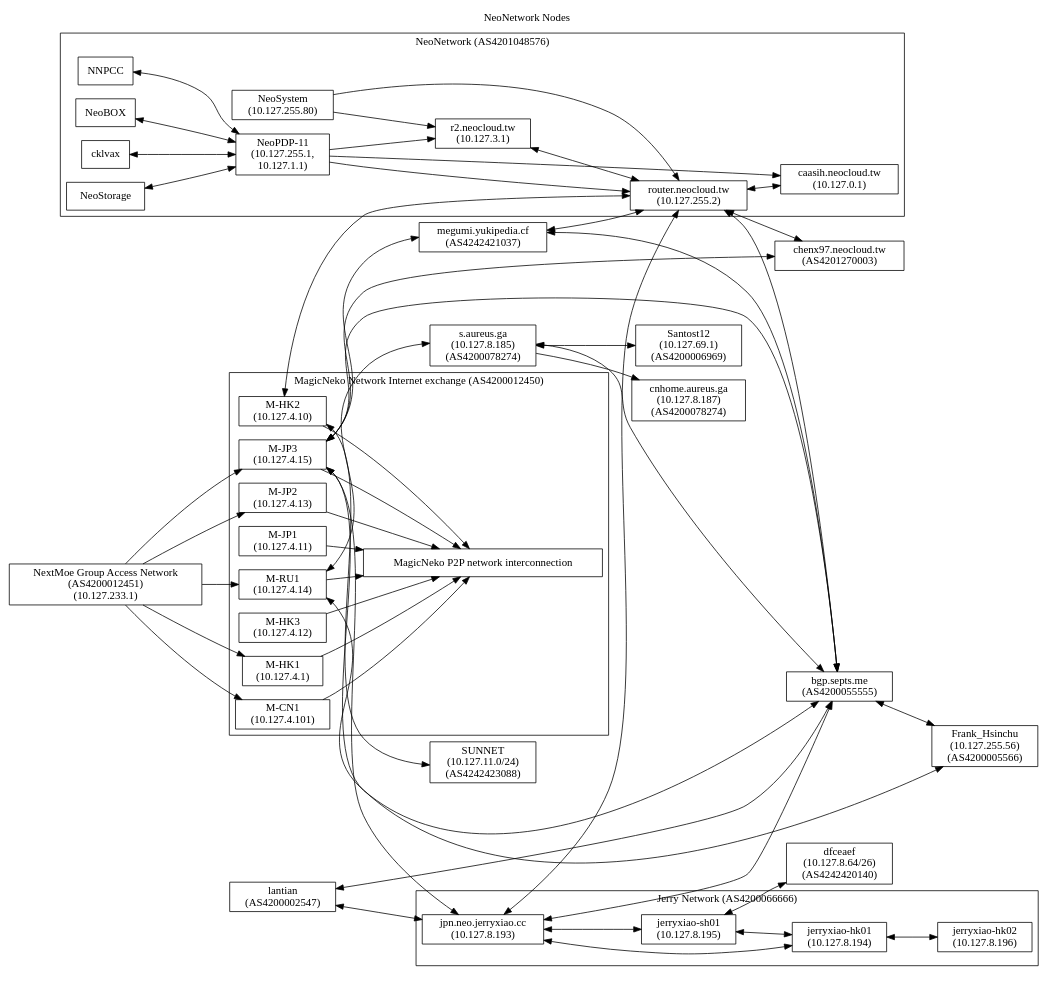
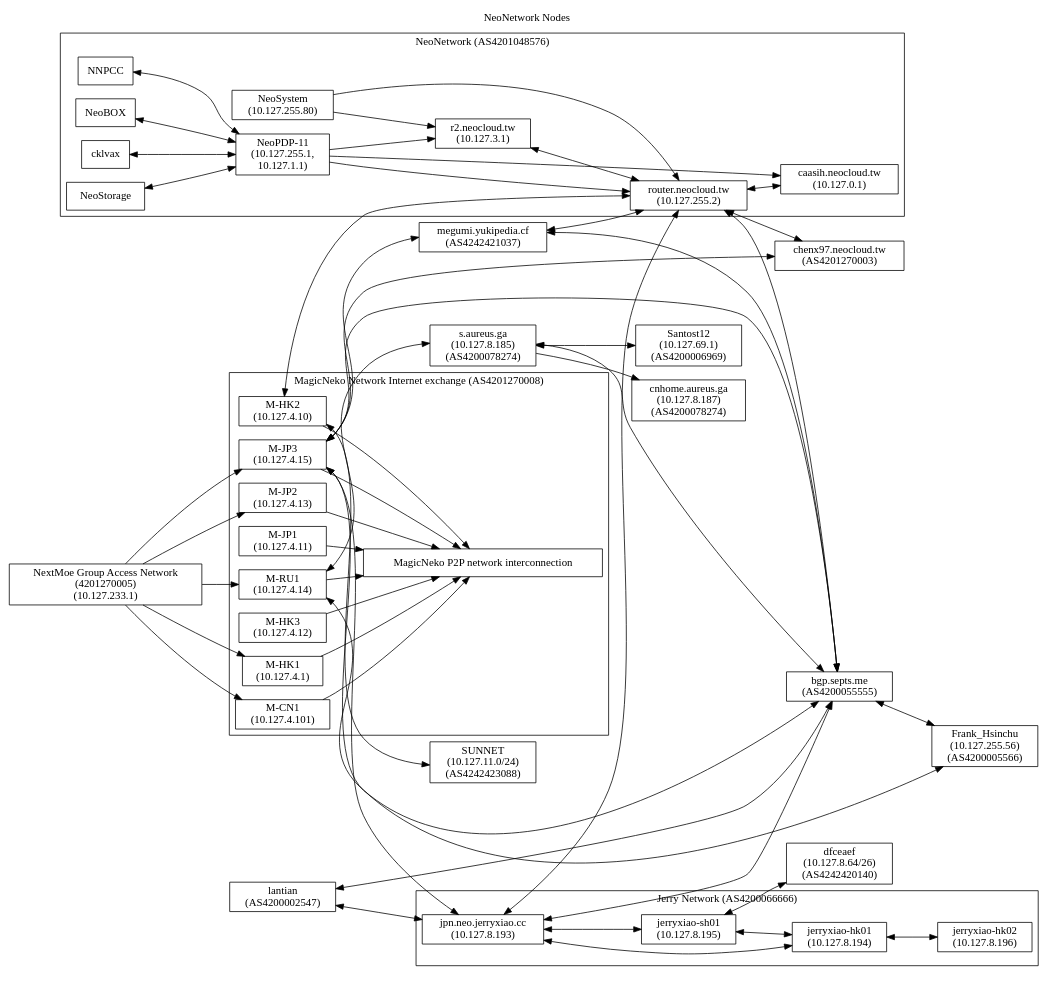
One commit to NeoCloud/NeoNetwork changed the diagram in nodes.dot. Above: the diagram before and after it, drawn with Graphviz. The commit also changed 1 other file, not shown here.

Commit message:
ASN changes by nextmoe-icecat

```diff
--- a/nodes.dot
+++ b/nodes.dot
@@ -1,105 +1,105 @@
 digraph "NeoNetwork Nodes"
 {
 	label="NeoNetwork Nodes";
 	labelloc="t";
 	rankdir=LR;
 	node [shape=box]
 	c [label="caasih.neocloud.tw\n(10.127.0.1)"]
 	ucbvax [label="router.neocloud.tw\n(10.127.255.2)"]
 	np11 [label="NeoPDP-11\n(10.127.255.1,\n10.127.1.1)"]
 	ns [label="NeoSystem\n(10.127.255.80)"]
 	megumiLHS [label="megumi.yukipedia.cf\n(AS4242421037)"]
 	pan [label="r2.neocloud.tw\n(10.127.3.1)"]
 	icecat_Explosion [label="MagicNeko P2P network interconnection"]
-	icecat_Notebook [label="NextMoe Group Access Network\n(AS4200012451)\n(10.127.233.1)"]
+	icecat_Notebook [label="NextMoe Group Access Network\n(4201270005)\n(10.127.233.1)"]
 	magicneko_HK01 [label="M-HK1\n(10.127.4.1)"]
 	magicneko_HK02 [label="M-HK2\n(10.127.4.10)"]
 	magicneko_JP01 [label="M-JP1\n(10.127.4.11)"]
 	magicneko_HK03 [label="M-HK3\n(10.127.4.12)"]
 	magicneko_JP02 [label="M-JP2\n(10.127.4.13)"]
 	magicneko_RU01 [label="M-RU1\n(10.127.4.14)"]
 	magicneko_JP03 [label="M-JP3\n(10.127.4.15)"]
 	magicneko_CN01 [label="M-CN1\n(10.127.4.101)"]
 	staph [label="s.aureus.ga\n(10.127.8.185)\n(AS4200078274)"]
 	staph_CN [label="cnhome.aureus.ga\n(10.127.8.187)\n(AS4200078274)"]
 	chenx97 [label="chenx97.neocloud.tw\n(AS4201270003)"]
 	JerryXiao [label="jpn.neo.jerryxiao.cc\n(10.127.8.193)"]
 	JerryXiao_SH01 [label="jerryxiao-sh01\n(10.127.8.195)"]
 	JerryXiao_HK01 [label="jerryxiao-hk01\n(10.127.8.194)"]
 	JerryXiao_HK02 [label="jerryxiao-hk02\n(10.127.8.196)"]
 	septs [label="bgp.septs.me\n(AS4200055555)"]
 	lantian [label="lantian\n(AS4200002547)"]
 	dfceaef [label="dfceaef\n(10.127.8.64/26)\n(AS4242420140)"]
 	SUNNET [label="SUNNET\n(10.127.11.0/24)\n(AS4242423088)"]
 	santost12 [label="Santost12\n(10.127.69.1)\n(AS4200006969)"]
 	frank_hsinchu [label="Frank_Hsinchu\n(10.127.255.56)\n(AS4200005566)"]
 	subgraph cluster_AS4201048576
 	{
 		label = "NeoNetwork (AS4201048576)";
 
 		NNPCC -> np11 [dir=both]
 		NeoBOX -> np11 [dir=both]
 		cklvax -> np11 [dir=both]
 		NeoStorage -> np11 [dir=both]
 		np11 -> ucbvax
 		np11 -> pan
 		np11 -> c
 		ucbvax -> c [dir=both]
 		ns -> ucbvax
 		ns -> pan
 		pan -> ucbvax [dir=both]
 	}
 
 	megumiLHS -> ucbvax [dir=both]
 	magicneko_HK02 -> ucbvax [dir=both]
 	staph -> staph_CN
 	ucbvax -> chenx97 [dir=both]
 
-	subgraph cluster_AS4200012450
+	subgraph cluster_4201270008
 	{
-		label="MagicNeko Network Internet exchange (AS4200012450)";
+		label="MagicNeko Network Internet exchange (AS4201270008)";
 
 		magicneko_HK01 -> icecat_Explosion
 		magicneko_HK02 -> icecat_Explosion
 		magicneko_JP01 -> icecat_Explosion
 		magicneko_HK03 -> icecat_Explosion
 		magicneko_JP02 -> icecat_Explosion
 		magicneko_RU01 -> icecat_Explosion
 		magicneko_JP03 -> icecat_Explosion
 		magicneko_CN01 -> icecat_Explosion
 	}
 
 	subgraph cluster_AS4200066666
 	{
 		label="Jerry Network (AS4200066666)";
 
 		JerryXiao -> JerryXiao_SH01 [dir=both]
 		JerryXiao -> JerryXiao_HK01 [dir=both]
 		JerryXiao_SH01 -> JerryXiao_HK01 [dir=both]
 		JerryXiao_HK01 -> JerryXiao_HK02 [dir=both]
 	}
 
 	JerryXiao -> ucbvax [dir=both]
 	JerryXiao -> septs [dir=both]
 	JerryXiao_SH01 -> dfceaef [dir=both]
 	magicneko_JP03 -> JerryXiao [dir=both]
 	lantian -> septs [dir=both]
 	lantian -> JerryXiao [dir=both]
 	magicneko_JP03 -> septs [dir=both]
 	staph -> septs [dir=both]
 	ucbvax -> septs [dir=both]
 	magicneko_JP03 -> chenx97 [dir=both]
 	magicneko_RU01 -> staph [dir=both]
 	megumiLHS -> septs [dir=both]
 	magicneko_HK02 -> SUNNET [dir=both]
 	staph -> santost12 [dir=both]
 	magicneko_RU01 -> septs [dir=both]
 	magicneko_JP03 -> megumiLHS [dir=both]
 	magicneko_JP03 -> frank_hsinchu [dir=both]
 	septs	->	frank_hsinchu	[dir=both]
 	icecat_Notebook -> magicneko_HK01
 	icecat_Notebook -> magicneko_JP03
 	icecat_Notebook -> magicneko_RU01
 	icecat_Notebook -> magicneko_CN01
 	icecat_Notebook -> magicneko_JP02
 }
```
